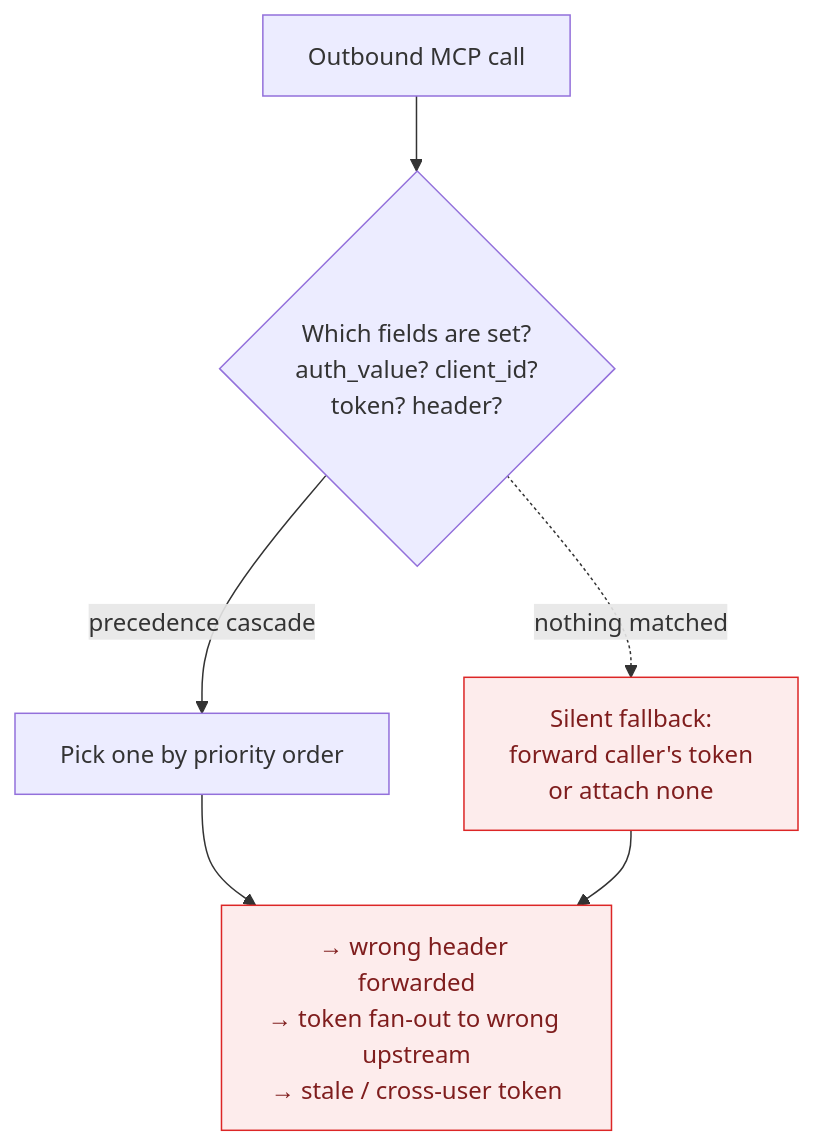
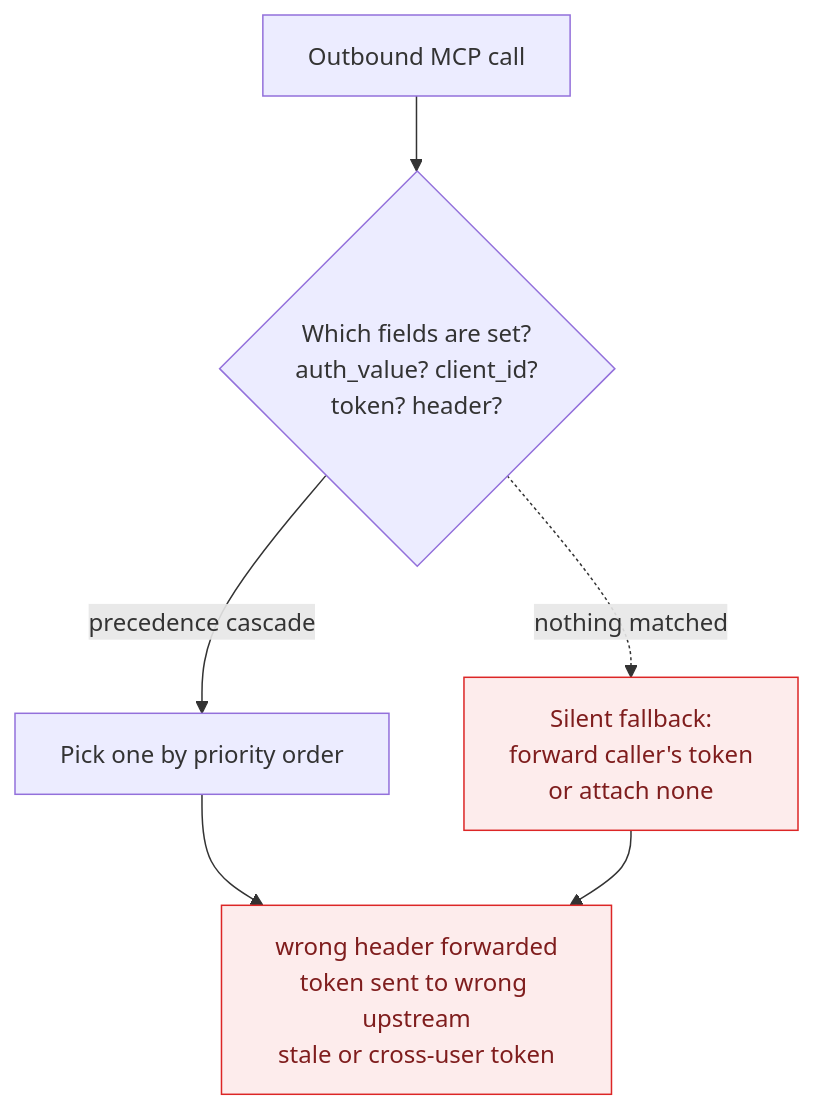
The first of 3 diagrams in blog/two_week_stability_update/index.md (doggy8088/litellm-docs), drawn with Mermaid before and after one commit. The commit also changed other lines of this file, not shown here.

````diff
--- a/blog/two_week_stability_update/index.md
+++ b/blog/two_week_stability_update/index.md
@@ -28,10 +29,10 @@
 ```mermaid
 flowchart TD
   Req["Outbound MCP call"] --> Chk{"Which fields are set?<br/>auth_value? client_id?<br/>token? header?"}
   Chk -->|precedence cascade| Pick["Pick one by priority order"]
   Chk -.->|nothing matched| Fall["Silent fallback:<br/>forward caller's token<br/>or attach none"]
-  Pick --> Bugs["→ wrong header forwarded<br/>→ token fan-out to wrong upstream<br/>→ stale / cross-user token"]
+  Pick --> Bugs["wrong header forwarded<br/>token sent to wrong upstream<br/>stale or cross-user token"]
   Fall --> Bugs
   classDef bad fill:#fdecec,stroke:#dc2626,color:#7f1d1d;
   class Fall,Bugs bad;
 ```
````
